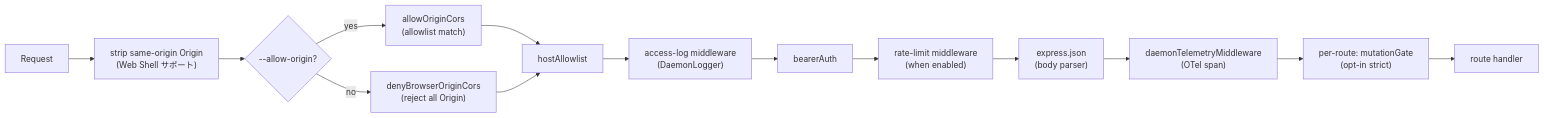
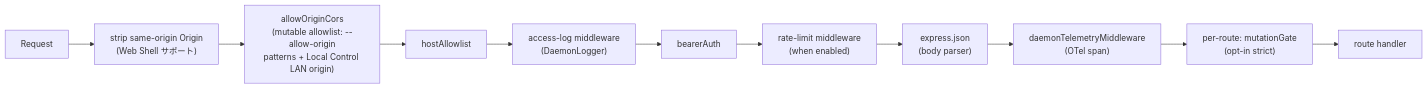
Before and after one commit to QwenLM/qwen-code-docs: the first of 4 diagrams in website/content/ja/developers/daemon/12-auth-security.md, drawn with Mermaid. The commit also changed other lines of this file and 83 other files, not shown here.

````diff
--- a/website/content/ja/developers/daemon/12-auth-security.md
+++ b/website/content/ja/developers/daemon/12-auth-security.md
@@ -57,16 +57,13 @@
 ```mermaid
 flowchart LR
     REQ[Request] --> SO["strip same-origin Origin<br/>(Web Shell サポート)"]
-    SO --> CORS{"--allow-origin?"}
-    CORS -->|yes| AO["allowOriginCors<br/>(allowlist match)"]
-    CORS -->|no| DC["denyBrowserOriginCors<br/>(reject all Origin)"]
+    SO --> AO["allowOriginCors<br/>(mutable allowlist: --allow-origin<br/>patterns + Local Control LAN origin)"]
     AO --> HA["hostAllowlist"]
-    DC --> HA
     HA --> LOG["access-log middleware<br/>(DaemonLogger)"]
     LOG --> BA["bearerAuth"]
     BA --> RL["rate-limit middleware<br/>(when enabled)"]
     RL --> JSON["express.json<br/>(body parser)"]
     JSON --> TEL["daemonTelemetryMiddleware<br/>(OTel span)"]
     TEL --> MG["per-route: mutationGate<br/>(opt-in strict)"]
     MG --> HANDLER["route handler"]
 ```
````
